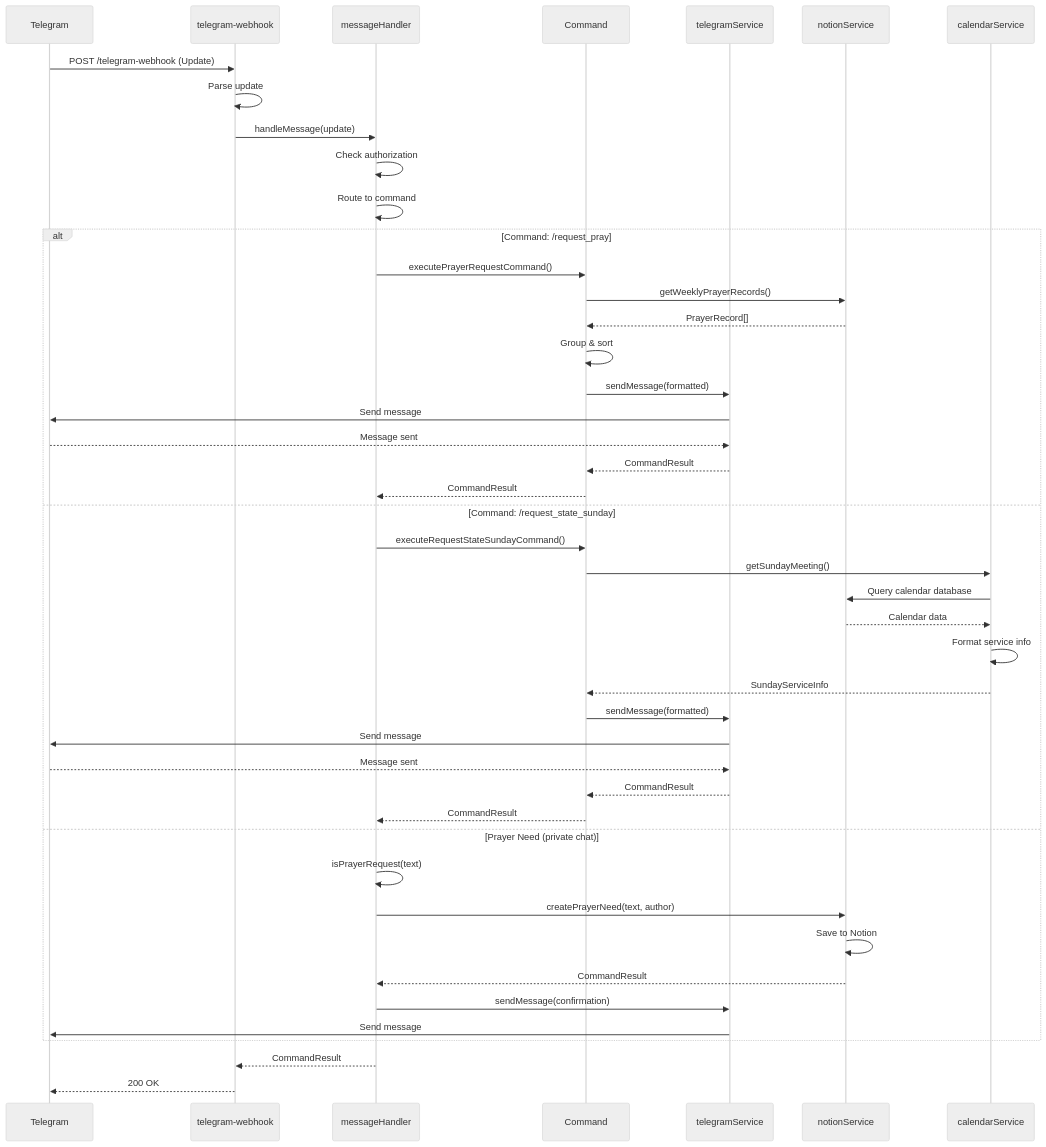
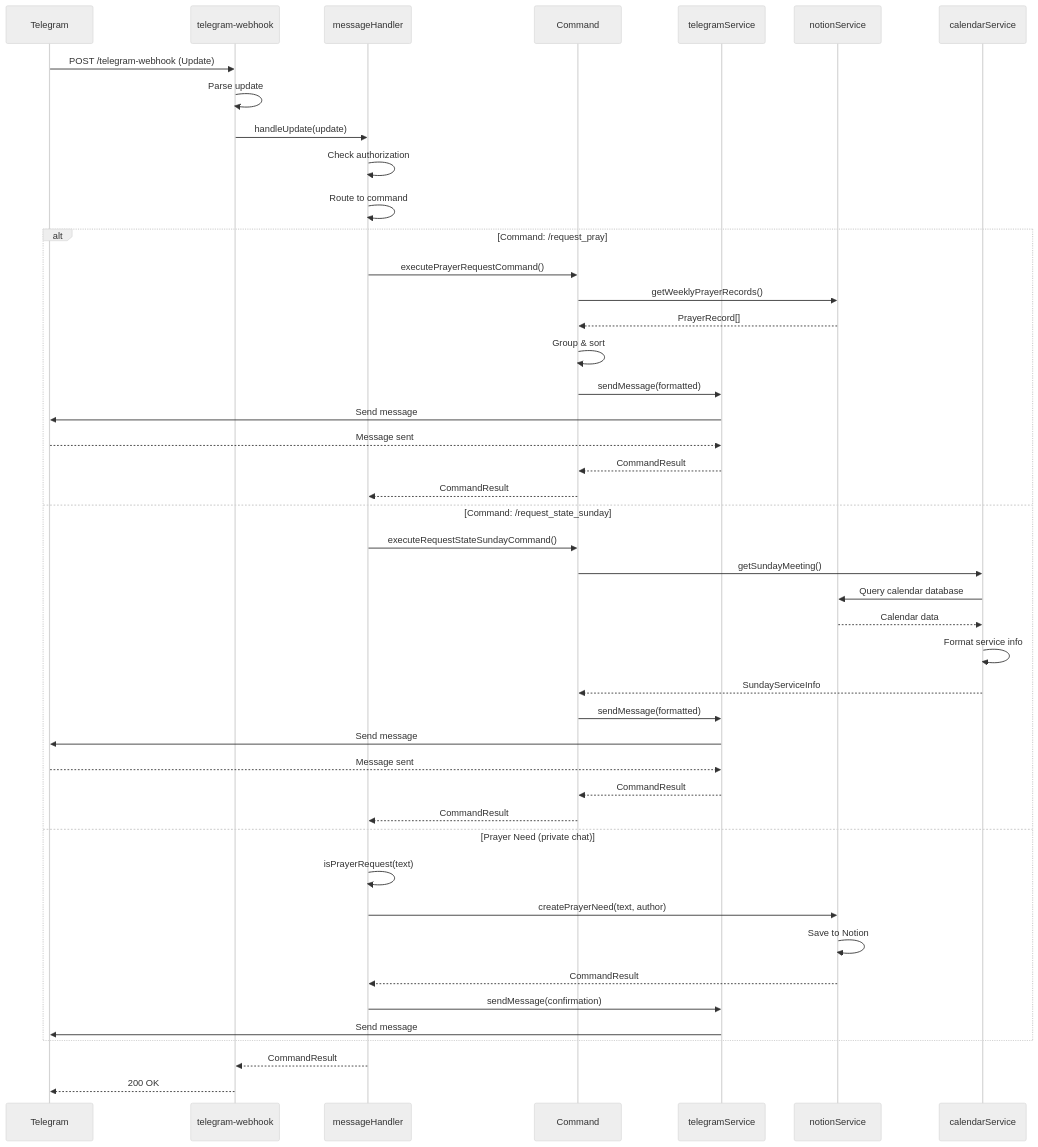
Before and after one commit to DenisArger/church-management-js: the second of 3 diagrams in MEMORY-BANK.md, drawn with Mermaid (neutral theme). The commit also changed other lines of this file and 12 other files, not shown here.

````diff
--- a/MEMORY-BANK.md
+++ b/MEMORY-BANK.md
@@ -1810,50 +1834,50 @@
 ```mermaid
 sequenceDiagram
     participant TG as Telegram
     participant WH as telegram-webhook
     participant MH as messageHandler
     participant CMD as Command
     participant TS as telegramService
     participant NS as notionService
     participant CS as calendarService
     
     TG->>WH: POST /telegram-webhook (Update)
     WH->>WH: Parse update
-    WH->>MH: handleMessage(update)
+    WH->>MH: handleUpdate(update)
     MH->>MH: Check authorization
     MH->>MH: Route to command
     
     alt Command: /request_pray
         MH->>CMD: executePrayerRequestCommand()
         CMD->>NS: getWeeklyPrayerRecords()
         NS-->>CMD: PrayerRecord[]
         CMD->>CMD: Group & sort
         CMD->>TS: sendMessage(formatted)
         TS->>TG: Send message
         TG-->>TS: Message sent
         TS-->>CMD: CommandResult
         CMD-->>MH: CommandResult
     else Command: /request_state_sunday
         MH->>CMD: executeRequestStateSundayCommand()
         CMD->>CS: getSundayMeeting()
         CS->>NS: Query calendar database
         NS-->>CS: Calendar data
         CS->>CS: Format service info
         CS-->>CMD: SundayServiceInfo
         CMD->>TS: sendMessage(formatted)
         TS->>TG: Send message
         TG-->>TS: Message sent
         TS-->>CMD: CommandResult
         CMD-->>MH: CommandResult
     else Prayer Need (private chat)
         MH->>MH: isPrayerRequest(text)
         MH->>NS: createPrayerNeed(text, author)
         NS->>NS: Save to Notion
         NS-->>MH: CommandResult
         MH->>TS: sendMessage(confirmation)
         TS->>TG: Send message
     end
     
     MH-->>WH: CommandResult
     WH-->>TG: 200 OK
 ```
````
